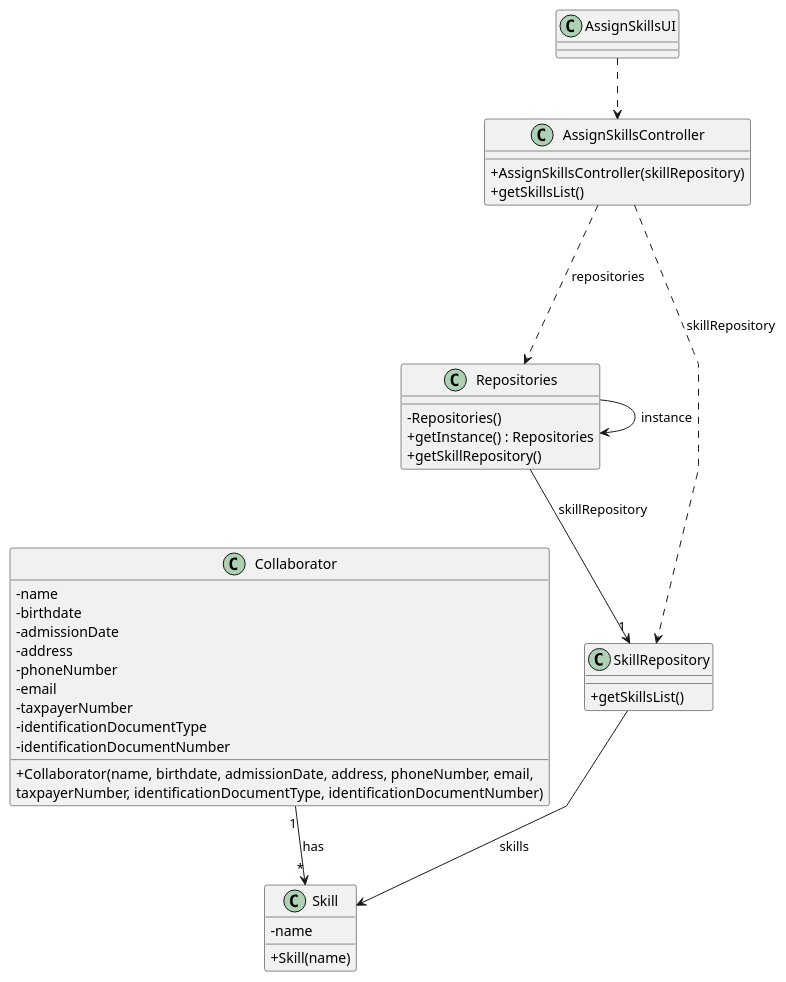
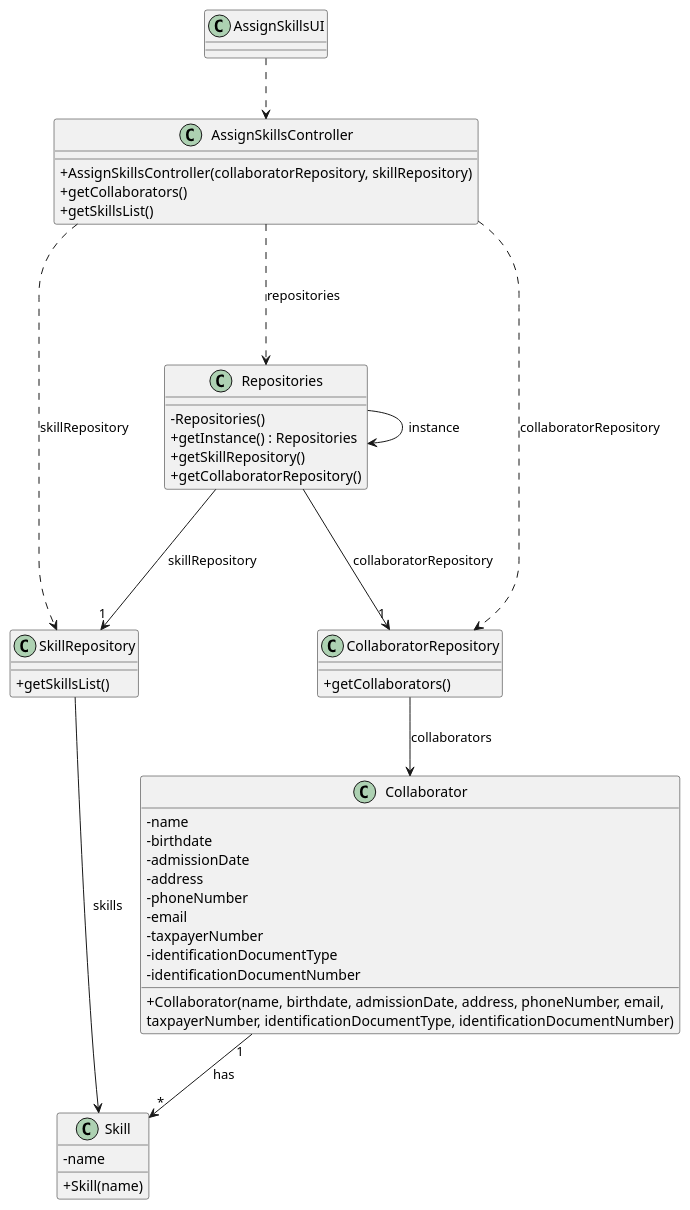
The diagram in docs/sprintB/us004/03.design/puml/us004-class-diagram.puml (Departamento-de-Engenharia-Informatica/lei-24-s2-1dm-g132), drawn with PlantUML before and after one commit. The commit also changed 19 other files, not shown here.

```diff
--- a/docs/sprintB/us004/03.design/puml/us004-class-diagram.puml
+++ b/docs/sprintB/us004/03.design/puml/us004-class-diagram.puml
@@ -1,61 +1,71 @@
 @startuml
 'skinparam monochrome true
 skinparam packageStyle rectangle
 skinparam shadowing false
 skinparam linetype polyline
-'skinparam linetype orto
+skinparam linetype orto
 
 skinparam classAttributeIconSize 0
 
 'left to right direction
 
 class Skill
 {
     - name
     + Skill(name)
 }
 
 class Collaborator {
     - name
     - birthdate
     - admissionDate
     - address
     - phoneNumber
     - email
     - taxpayerNumber
     - identificationDocumentType
     - identificationDocumentNumber
     + Collaborator(name, birthdate, admissionDate, address, phoneNumber, email, \ntaxpayerNumber, identificationDocumentType, identificationDocumentNumber)
+
 }
 
 class AssignSkillsController {
-    + AssignSkillsController(skillRepository)
+    + AssignSkillsController(collaboratorRepository, skillRepository)
+    + getCollaborators()
     + getSkillsList()
 }
 
 class AssignSkillsUI {
 }
 
 class Repositories {
     - Repositories()
     + getInstance() : Repositories
     + getSkillRepository()
+    + getCollaboratorRepository()
 }
 
 class SkillRepository {
     + getSkillsList()
+}
+
+class CollaboratorRepository {
+    + getCollaborators()
 }
 
 
 Collaborator "1" --> "*" Skill: has
 AssignSkillsUI ..> AssignSkillsController
 AssignSkillsController ...> Repositories: repositories
 AssignSkillsController ..> SkillRepository: skillRepository
+AssignSkillsController ..> CollaboratorRepository: collaboratorRepository
 
 Repositories -> Repositories : instance
-Repositories --> "1" SkillRepository: skillRepository
+Repositories ---> "1" SkillRepository: skillRepository
+Repositories ---> "1" CollaboratorRepository: collaboratorRepository
 
 SkillRepository --> Skill: skills
+CollaboratorRepository --> Collaborator: collaborators
 
 
 @enduml
```
